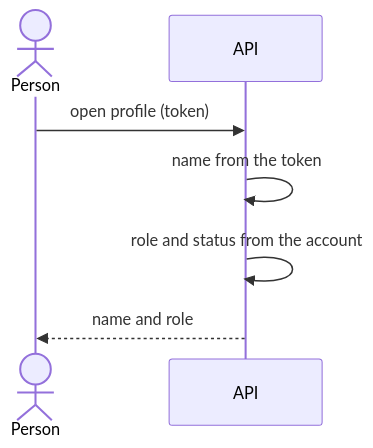
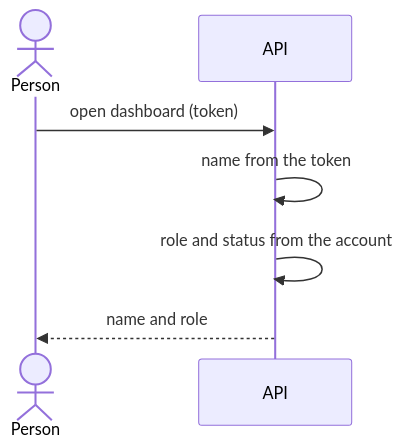
One commit to Thommans-Playground/playground-keycloak changed the diagram in docs/usecases/UC-A5-view-my-name-and-role.md. Above: the diagram before and after it, drawn with Mermaid. The commit also changed other lines of this file and 7 other files, not shown here.

````diff
--- a/docs/usecases/UC-A5-view-my-name-and-role.md
+++ b/docs/usecases/UC-A5-view-my-name-and-role.md
@@ -96,9 +96,9 @@
 ```mermaid
 sequenceDiagram
     actor P as Person
     participant A as API
-    P->>A: open profile (token)
+    P->>A: open dashboard (token)
     A->>A: name from the token
     A->>A: role and status from the account
     A-->>P: name and role
 ```
````
